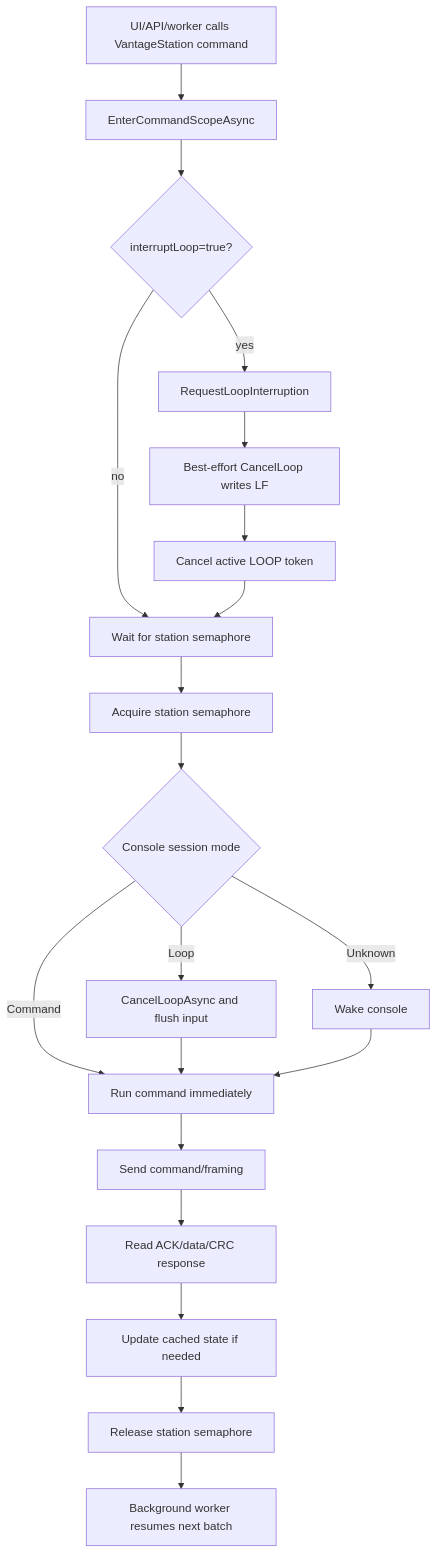
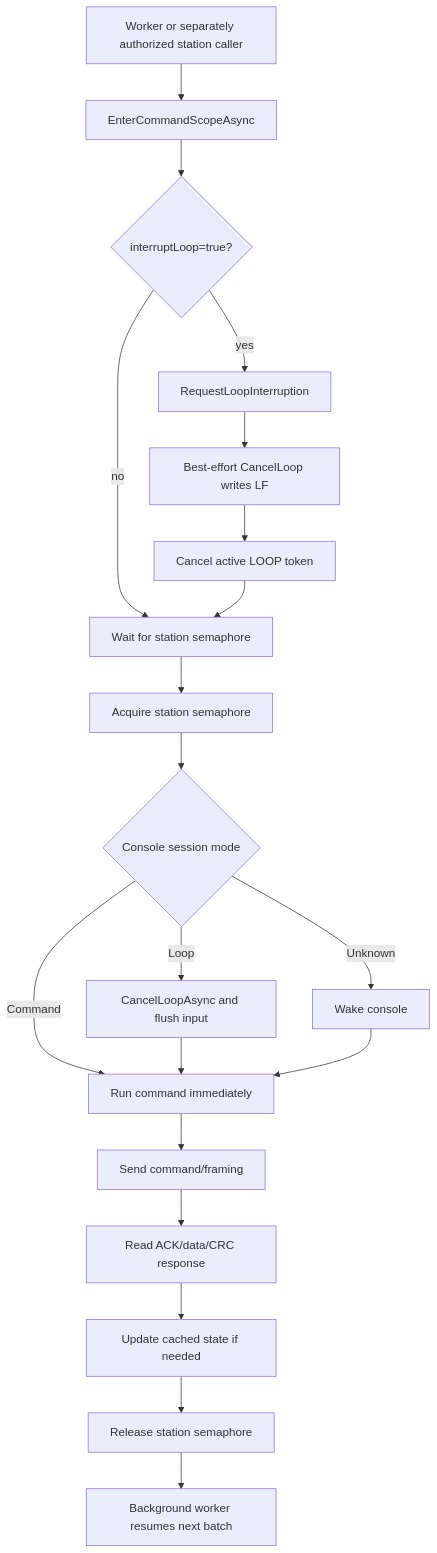
Before and after one commit to HualapaiValley/HVO.WebSite: the second of 4 diagrams in docs/gateways/davis-vantage-pro2/hvo-implementation.md, drawn with Mermaid. The commit also changed other lines of this file and 71 other files, not shown here.

````diff
--- a/docs/gateways/davis-vantage-pro2/hvo-implementation.md
+++ b/docs/gateways/davis-vantage-pro2/hvo-implementation.md
@@ -252,22 +260,22 @@
 ```mermaid
 flowchart TD
-    A[UI/API/worker calls VantageStation command] --> B[EnterCommandScopeAsync]
+    A[Worker or separately authorized station caller] --> B[EnterCommandScopeAsync]
     B --> C{interruptLoop=true?}
     C -- yes --> D[RequestLoopInterruption]
     C -- no --> G[Wait for station semaphore]
     D --> E[Best-effort CancelLoop writes LF]
     E --> F[Cancel active LOOP token]
     F --> G
     G --> H[Acquire station semaphore]
     H --> I{Console session mode}
     I -- Command --> J[Run command immediately]
     I -- Loop --> K[CancelLoopAsync and flush input]
     K --> J
     I -- Unknown --> L[Wake console]
     L --> J
     J --> M[Send command/framing]
     M --> N[Read ACK/data/CRC response]
     N --> O[Update cached state if needed]
     O --> P[Release station semaphore]
     P --> Q[Background worker resumes next batch]
 ```
````
